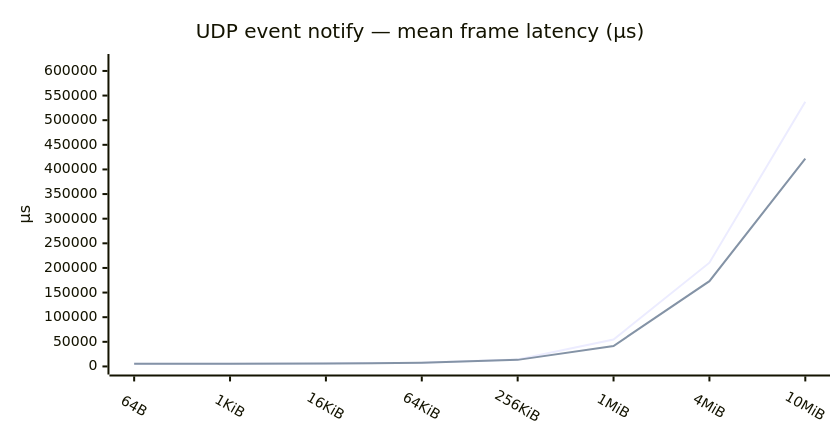
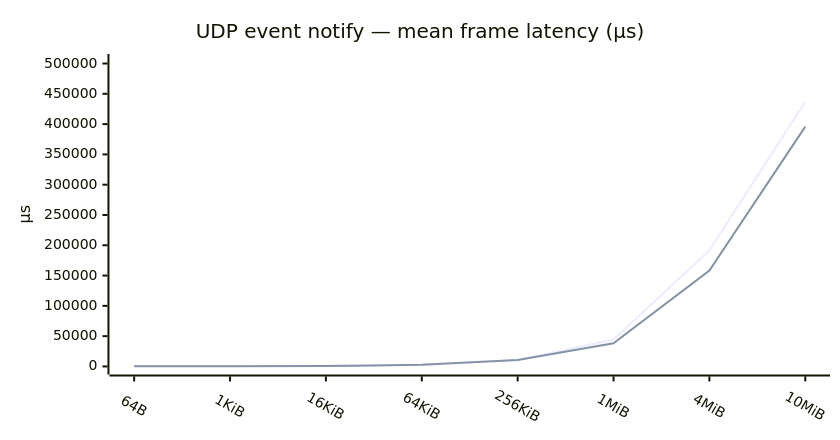
Before and after one commit to sgmenon/middleware-comparison: the second of 2 diagrams in vsomeip/results-snapshot.md, drawn with Mermaid. The commit also changed other lines of this file and 2 other files, not shown here.

````diff
--- a/vsomeip/results-snapshot.md
+++ b/vsomeip/results-snapshot.md
@@ -121,17 +121,17 @@
 ```mermaid
 ---
 config:
   xyChart:
     width: 820
     height: 420
     showLegend: true
     xAxis:
       labelRotation: 30
 ---
 xychart-beta
     title "UDP event notify — mean frame latency (µs)"
     x-axis [64B, 1KiB, 16KiB, 64KiB, 256KiB, 1MiB, 4MiB, 10MiB]
-    y-axis "µs" 0 --> 618156
-    line "covesa" [5679.635, 5626.144, 5995.980, 7553.618, 13955.920, 54705.413, 210659.519, 537525.674]
-    line "sgmenon" [5357.976, 5556.802, 5808.618, 7438.304, 13346.705, 41592.758, 173191.648, 421893.922]
+    y-axis "µs" 0 --> 502515
+    line "covesa" [682.276, 660.818, 1192.701, 2973.088, 10510.292, 44340.226, 191582.154, 436967.927]
+    line "sgmenon" [311.506, 321.463, 843.788, 2662.239, 10461.543, 38271.420, 158301.779, 395841.048]
 ```
````
